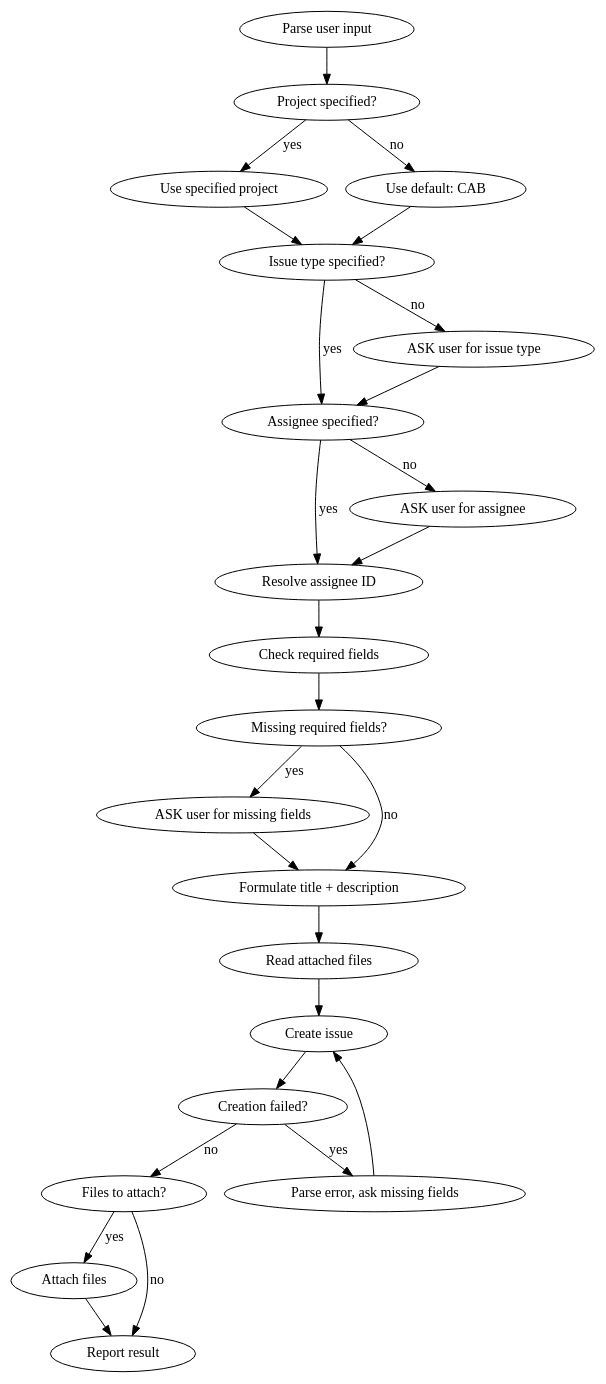
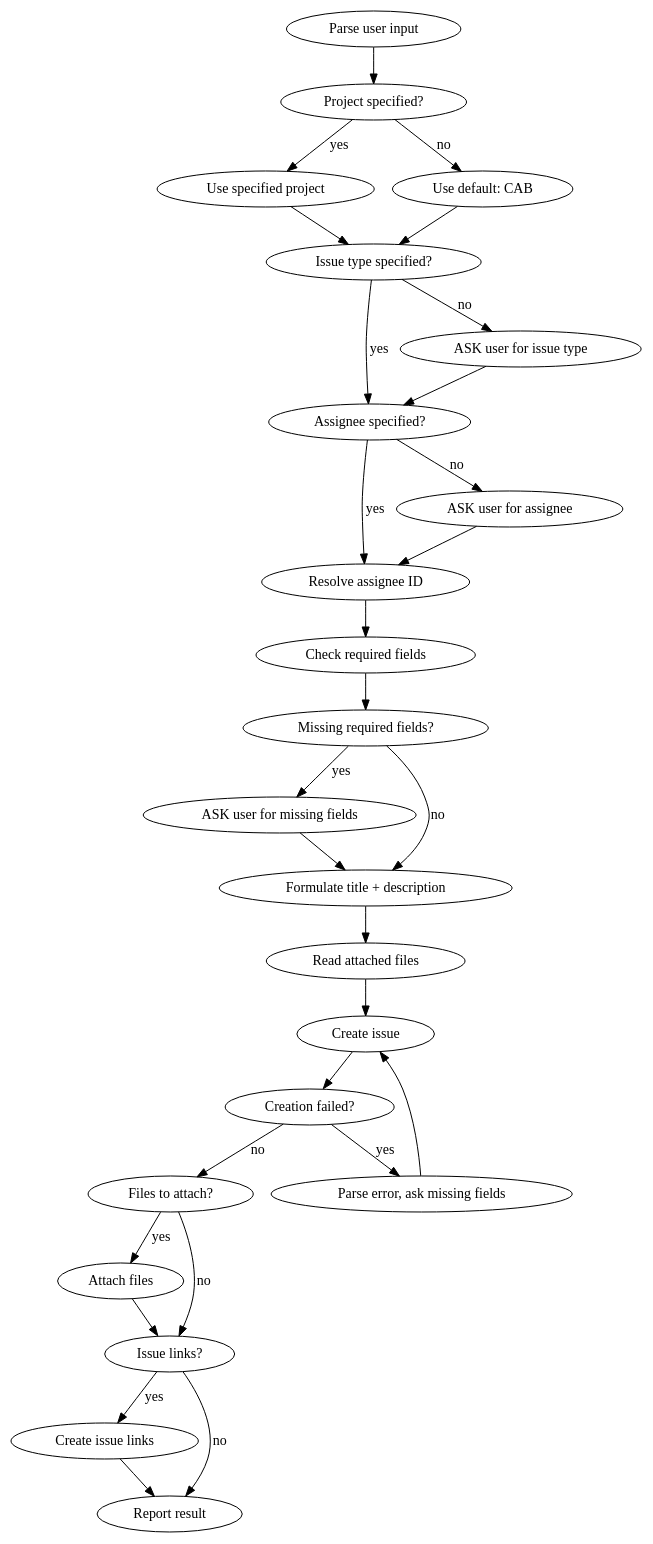
One commit to gihar/g-skills changed the diagram in jira-create-task/SKILL.md. Above: the diagram before and after it, drawn with Graphviz. The commit also changed other lines of this file, not shown here.

First line of the commit message:
feat: add issue linking, known project patterns to jira-create-task

````diff
--- a/jira-create-task/SKILL.md
+++ b/jira-create-task/SKILL.md
@@ -12,30 +12,33 @@
 ```dot
 digraph jira_create {
   rankdir=TB;
   "Parse user input" -> "Project specified?";
   "Project specified?" -> "Use specified project" [label="yes"];
   "Project specified?" -> "Use default: CAB" [label="no"];
   "Use specified project" -> "Issue type specified?";
   "Use default: CAB" -> "Issue type specified?";
   "Issue type specified?" -> "Assignee specified?" [label="yes"];
   "Issue type specified?" -> "ASK user for issue type" [label="no"];
   "ASK user for issue type" -> "Assignee specified?";
   "Assignee specified?" -> "Resolve assignee ID" [label="yes"];
   "Assignee specified?" -> "ASK user for assignee" [label="no"];
   "ASK user for assignee" -> "Resolve assignee ID";
   "Resolve assignee ID" -> "Check required fields";
   "Check required fields" -> "Missing required fields?";
   "Missing required fields?" -> "ASK user for missing fields" [label="yes"];
   "Missing required fields?" -> "Formulate title + description" [label="no"];
   "ASK user for missing fields" -> "Formulate title + description";
   "Formulate title + description" -> "Read attached files";
   "Read attached files" -> "Create issue";
   "Create issue" -> "Creation failed?";
   "Creation failed?" -> "Parse error, ask missing fields" [label="yes"];
   "Parse error, ask missing fields" -> "Create issue";
   "Creation failed?" -> "Files to attach?" [label="no"];
   "Files to attach?" -> "Attach files" [label="yes"];
-  "Files to attach?" -> "Report result" [label="no"];
-  "Attach files" -> "Report result";
+  "Files to attach?" -> "Issue links?" [label="no"];
+  "Attach files" -> "Issue links?";
+  "Issue links?" -> "Create issue links" [label="yes"];
+  "Issue links?" -> "Report result" [label="no"];
+  "Create issue links" -> "Report result";
 }
 ```
````
